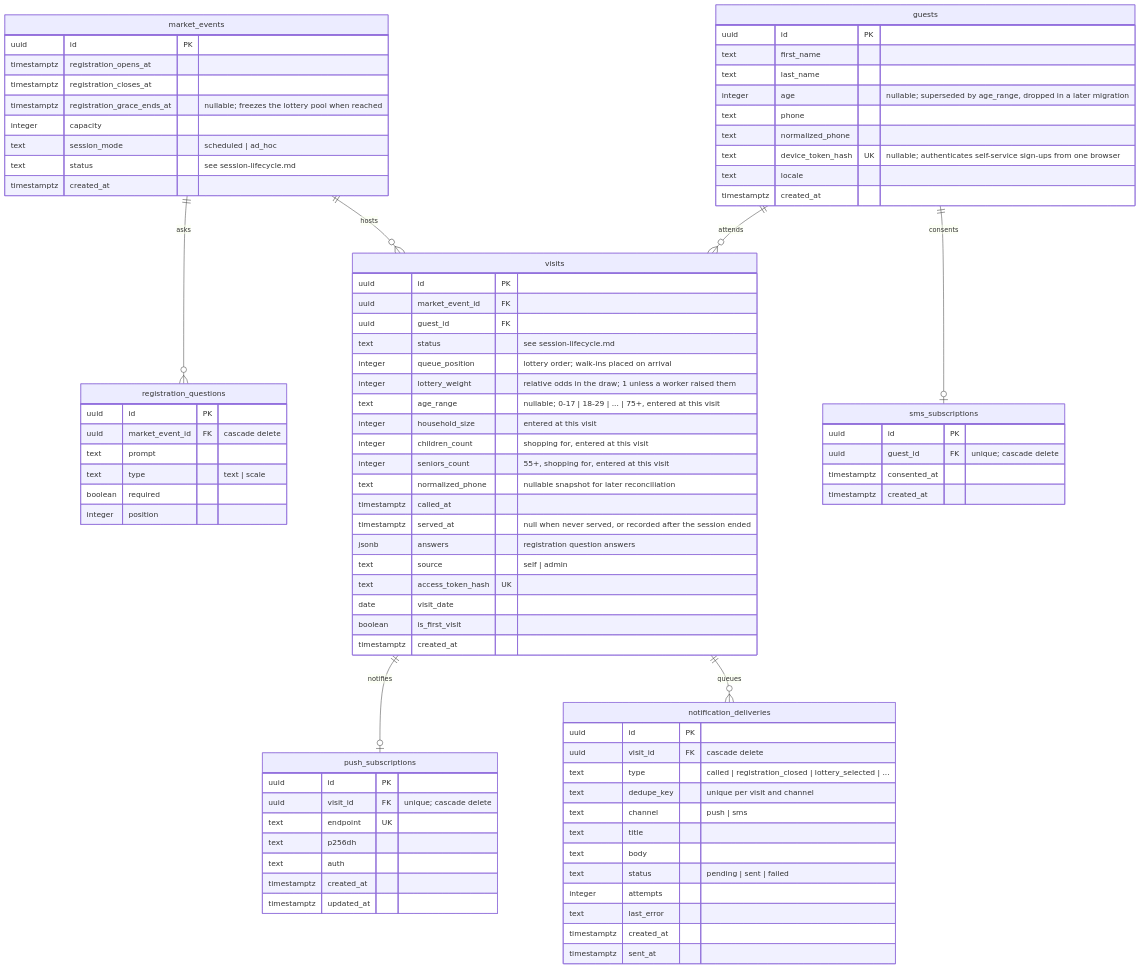
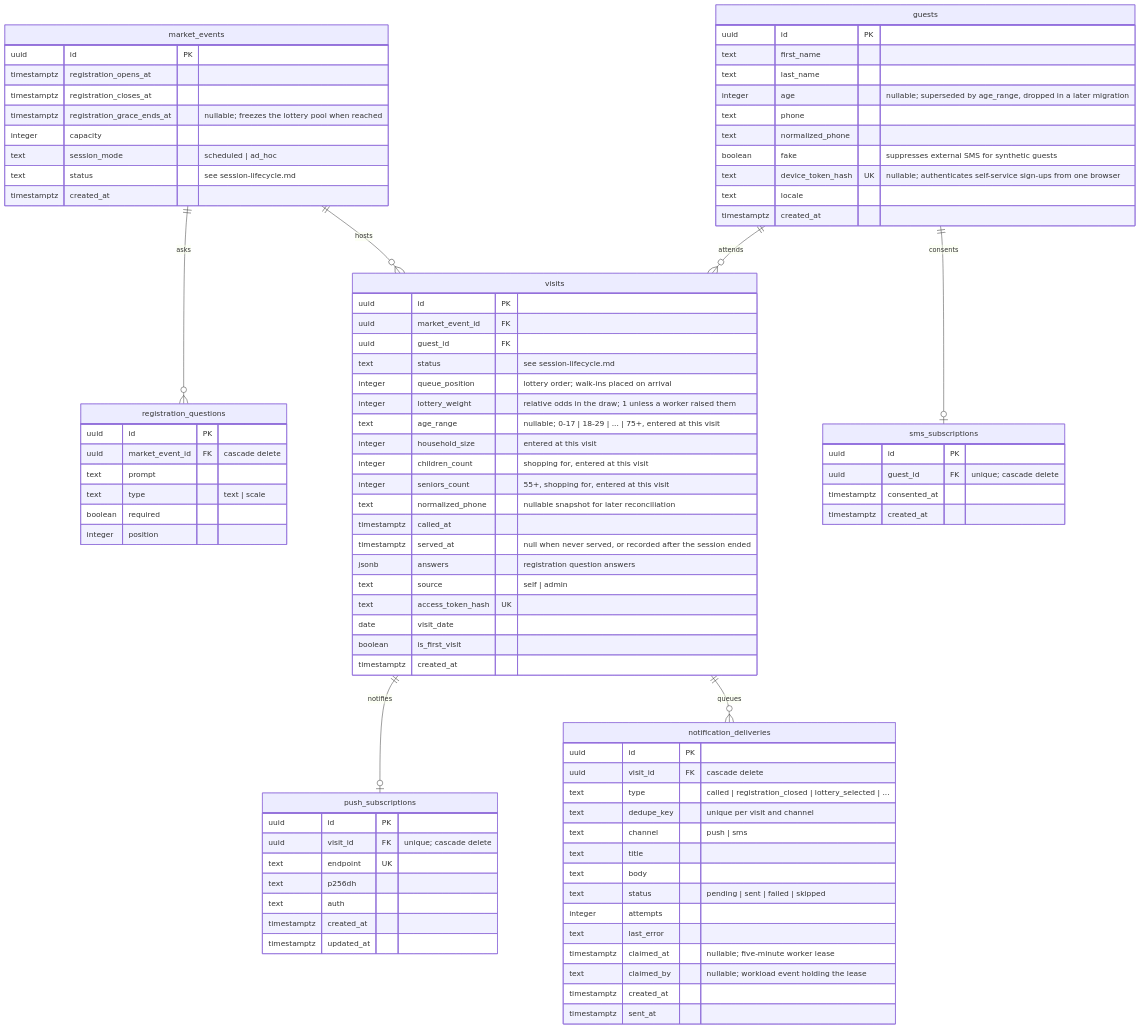
Before and after one commit to bay-compassion/food-market-app: the diagram in docs/data-model.md, drawn with Mermaid. The commit also changed other lines of this file and 33 other files, not shown here.

```diff
--- a/docs/data-model.md
+++ b/docs/data-model.md
@@ -49,6 +49,7 @@
         integer age "nullable; superseded by age_range, dropped in a later migration"
         text phone
         text normalized_phone
+		boolean fake "suppresses external SMS for synthetic guests"
 		text device_token_hash UK "nullable; authenticates self-service sign-ups from one browser"
         text locale
         timestamptz created_at
@@ -94,9 +95,11 @@
         text channel "push | sms"
         text title
         text body
-        text status "pending | sent | failed"
+        text status "pending | sent | failed | skipped"
         integer attempts
         text last_error
+		timestamptz claimed_at "nullable; five-minute worker lease"
+		text claimed_by "nullable; workload event holding the lease"
         timestamptz created_at
         timestamptz sent_at
     }
```
